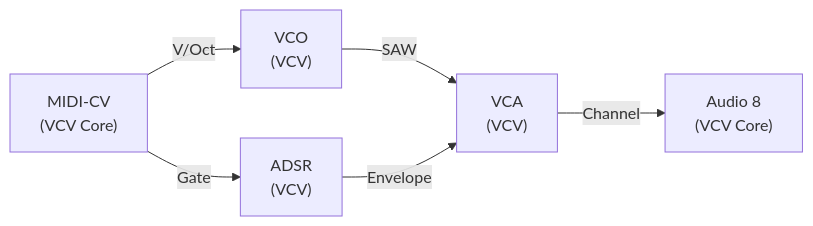
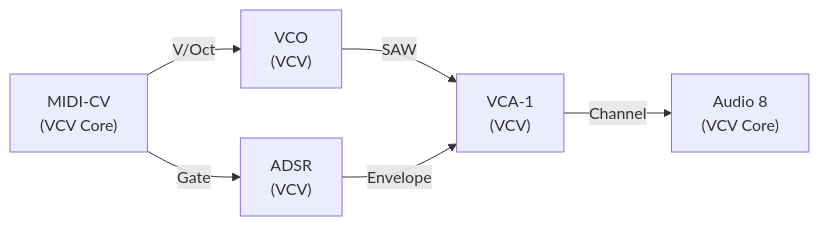
Before and after one commit to Witzman/VCVRack-Doku: the fourth of 6 diagrams in src/first-patch.md, drawn with Mermaid. The commit also changed other lines of this file and 75 other files, not shown here.

````diff
--- a/src/first-patch.md
+++ b/src/first-patch.md
@@ -89,8 +89,8 @@
 ```mermaid
 flowchart LR
     MIDI["MIDI-CV\n(VCV Core)"] -->|"V/Oct"| VCO["VCO\n(VCV)"]
     MIDI -->|"Gate"| ADSR["ADSR\n(VCV)"]
-    VCO -->|"SAW"| VCA["VCA\n(VCV)"]
+    VCO -->|"SAW"| VCA["VCA-1\n(VCV)"]
     ADSR -->|"Envelope"| VCA
     VCA -->|"Channel"| AUDIO["Audio 8\n(VCV Core)"]
 ```
````
